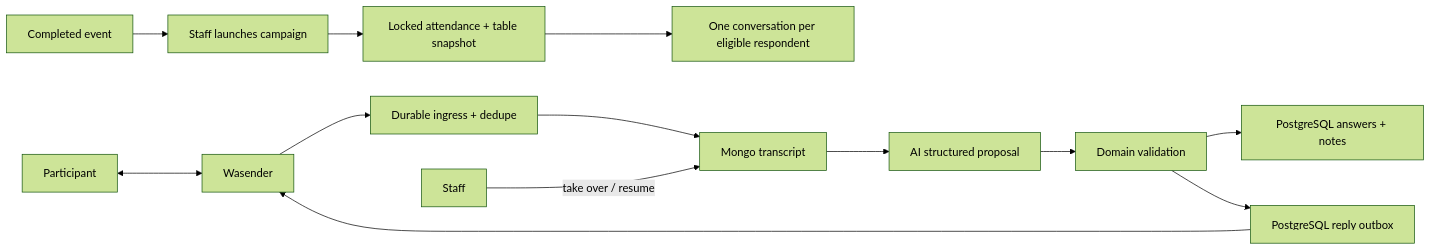
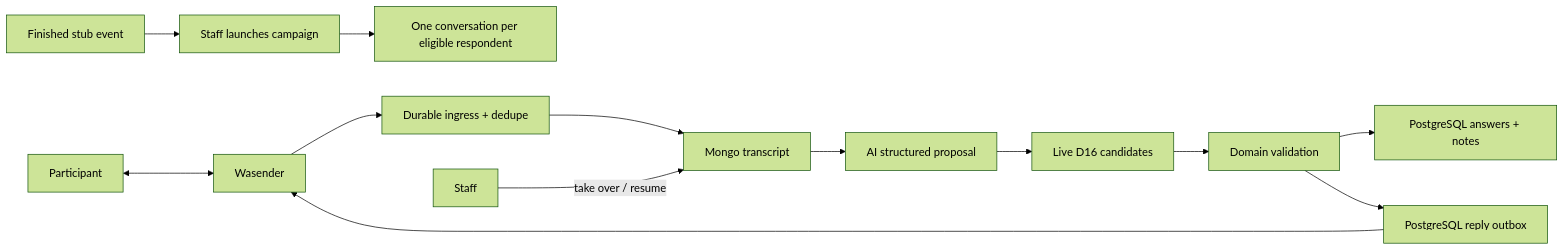
The diagram in docs/backend/modules/post-event-feedback.md (johnakisk0700/slopform), drawn with Mermaid (forest theme) before and after one commit. The commit also changed other lines of this file and 40 other files, not shown here.

First line of the commit message:
feat: add stub events slice with attendance and feedback opt-in

````diff
--- a/docs/backend/modules/post-event-feedback.md
+++ b/docs/backend/modules/post-event-feedback.md
@@ -54,15 +61,15 @@
 ```mermaid
 flowchart LR
-  Event["Completed event"] --> Launch["Staff launches campaign"]
-  Launch --> Snapshot["Locked attendance + table snapshot"]
-  Snapshot --> Threads["One conversation per eligible respondent"]
+  Event["Finished stub event"] --> Launch["Staff launches campaign"]
+  Launch --> Threads["One conversation per eligible respondent"]
   Participant["Participant"] <--> Wasender["Wasender"]
   Wasender --> Ingress["Durable ingress + dedupe"]
   Ingress --> Transcript["Mongo transcript"]
   Transcript --> Extract["AI structured proposal"]
-  Extract --> Validate["Domain validation"]
+  Extract --> Candidates["Live D16 candidates"]
+  Candidates --> Validate["Domain validation"]
   Validate --> Results["PostgreSQL answers + notes"]
   Validate --> Outbox["PostgreSQL reply outbox"]
   Outbox --> Wasender
   Staff["Staff"] -->|"take over / resume"| Transcript
 ```
````
